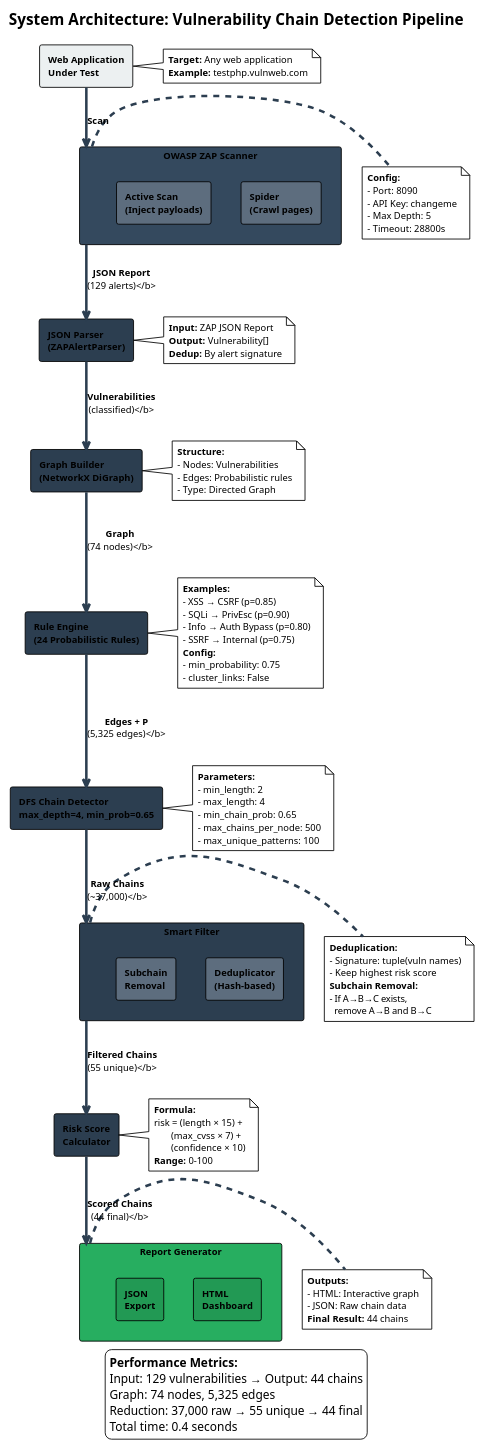
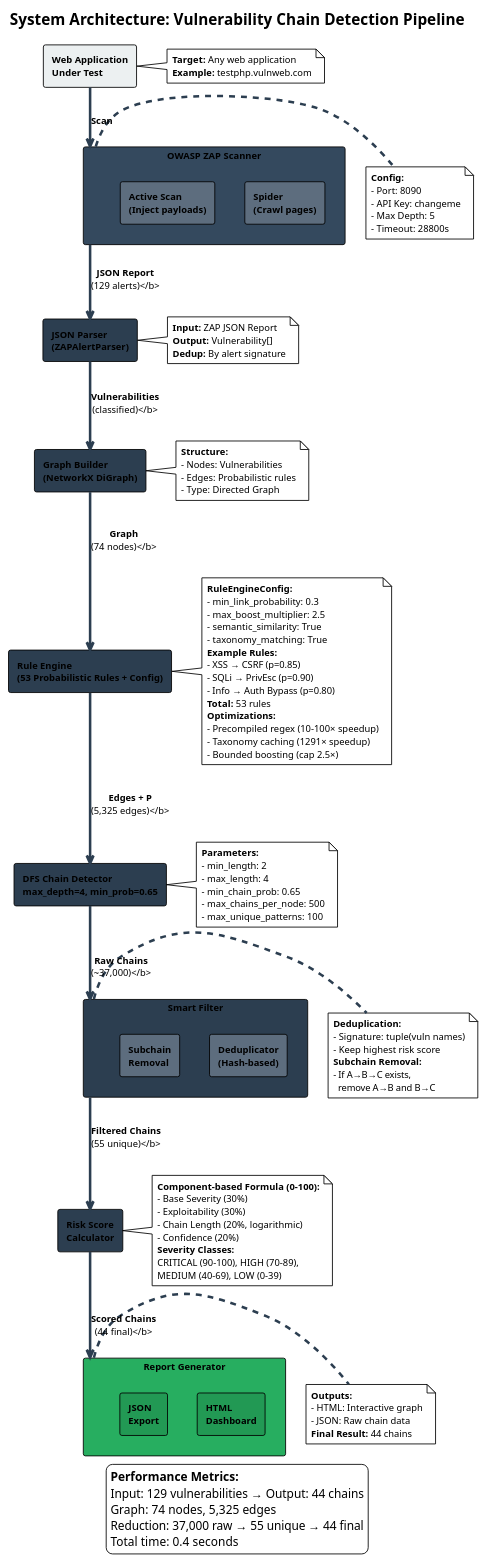
The diagram in experiments/figure_1_architecture.puml (Darrii/owaspzap), drawn with PlantUML before and after one commit. The commit also changed 73 other files, not shown here.

```diff
--- a/experiments/figure_1_architecture.puml
+++ b/experiments/figure_1_architecture.puml
@@ -1,130 +1,139 @@
 @startuml figure_1_architecture
 !theme plain
 skinparam backgroundColor transparent
 skinparam shadowing false
 skinparam defaultFontName Arial
 skinparam defaultFontSize 11
 skinparam rectangleFontSize 11
 skinparam rectangleFontStyle bold
 skinparam ArrowThickness 3
 skinparam ArrowColor #2C3E50
 
 title <size:18><b>System Architecture: Vulnerability Chain Detection Pipeline</b></size>
 
 rectangle "Web Application\nUnder Test" as webapp #ECF0F1 {
 }
 
 note right of webapp
   <b>Target:</b> Any web application
   <b>Example:</b> testphp.vulnweb.com
 end note
 
 rectangle "OWASP ZAP Scanner" as zap #34495E {
   rectangle "Spider\n(Crawl pages)" as spider #5D6D7E
   rectangle "Active Scan\n(Inject payloads)" as active #5D6D7E
 }
 
 note right of zap
   <b>Config:</b>
   - Port: 8090
   - API Key: changeme
   - Max Depth: 5
   - Timeout: 28800s
 end note
 
 rectangle "JSON Parser\n(ZAPAlertParser)" as parser #2C3E50
 
 note right of parser
   <b>Input:</b> ZAP JSON Report
   <b>Output:</b> Vulnerability[]
   <b>Dedup:</b> By alert signature
 end note
 
 rectangle "Graph Builder\n(NetworkX DiGraph)" as graph #2C3E50
 
 note right of graph
   <b>Structure:</b>
   - Nodes: Vulnerabilities
   - Edges: Probabilistic rules
   - Type: Directed Graph
 end note
 
-rectangle "Rule Engine\n(24 Probabilistic Rules)" as rules #2C3E50
+rectangle "Rule Engine\n(53 Probabilistic Rules + Config)" as rules #2C3E50
 
 note right of rules
-  <b>Examples:</b>
+  <b>RuleEngineConfig:</b>
+  - min_link_probability: 0.3
+  - max_boost_multiplier: 2.5
+  - semantic_similarity: True
+  - taxonomy_matching: True
+  <b>Example Rules:</b>
   - XSS → CSRF (p=0.85)
   - SQLi → PrivEsc (p=0.90)
   - Info → Auth Bypass (p=0.80)
-  - SSRF → Internal (p=0.75)
-  <b>Config:</b>
-  - min_probability: 0.75
-  - cluster_links: False
+  <b>Total:</b> 53 rules
+  <b>Optimizations:</b>
+  - Precompiled regex (10-100× speedup)
+  - Taxonomy caching (1291× speedup)
+  - Bounded boosting (cap 2.5×)
 end note
 
 rectangle "DFS Chain Detector\nmax_depth=4, min_prob=0.65" as dfs #2C3E50
 
 note right of dfs
   <b>Parameters:</b>
   - min_length: 2
   - max_length: 4
   - min_chain_prob: 0.65
   - max_chains_per_node: 500
   - max_unique_patterns: 100
 end note
 
 rectangle "Smart Filter" as filter #2C3E50 {
   rectangle "Deduplicator\n(Hash-based)" as dedup #5D6D7E
   rectangle "Subchain\nRemoval" as subchain #5D6D7E
 }
 
 note right of filter
   <b>Deduplication:</b>
   - Signature: tuple(vuln names)
   - Keep highest risk score
   <b>Subchain Removal:</b>
   - If A→B→C exists,
     remove A→B and B→C
 end note
 
 rectangle "Risk Score\nCalculator" as risk #2C3E50
 
 note right of risk
-  <b>Formula:</b>
-  risk = (length × 15) +
-         (max_cvss × 7) +
-         (confidence × 10)
-  <b>Range:</b> 0-100
+  <b>Component-based Formula (0-100):</b>
+  - Base Severity (30%)
+  - Exploitability (30%)
+  - Chain Length (20%, logarithmic)
+  - Confidence (20%)
+  <b>Severity Classes:</b>
+  CRITICAL (90-100), HIGH (70-89),
+  MEDIUM (40-69), LOW (0-39)
 end note
 
 rectangle "Report Generator" as report #27AE60 {
   rectangle "HTML\nDashboard" as html #229954
   rectangle "JSON\nExport" as json #229954
 }
 
 note right of report
   <b>Outputs:</b>
   - HTML: Interactive graph
   - JSON: Raw chain data
   <b>Final Result:</b> 44 chains
 end note
 
 ' Vertical flow with labels
 webapp -down-> zap : <b>Scan</b>
 zap -down-> parser : <b>JSON Report\n(129 alerts)</b>
 parser -down-> graph : <b>Vulnerabilities\n(classified)</b>
 graph -down-> rules : <b>Graph\n(74 nodes)</b>
 rules -down-> dfs : <b>Edges + P\n(5,325 edges)</b>
 dfs -down-> filter : <b>Raw Chains\n(~37,000)</b>
 filter -down-> risk : <b>Filtered Chains\n(55 unique)</b>
 risk -down-> report : <b>Scored Chains\n(44 final)</b>
 
 legend bottom
   <b>Performance Metrics:</b>
   Input: 129 vulnerabilities → Output: 44 chains
   Graph: 74 nodes, 5,325 edges
   Reduction: 37,000 raw → 55 unique → 44 final
   Total time: 0.4 seconds
 endlegend
 
 @enduml
```
